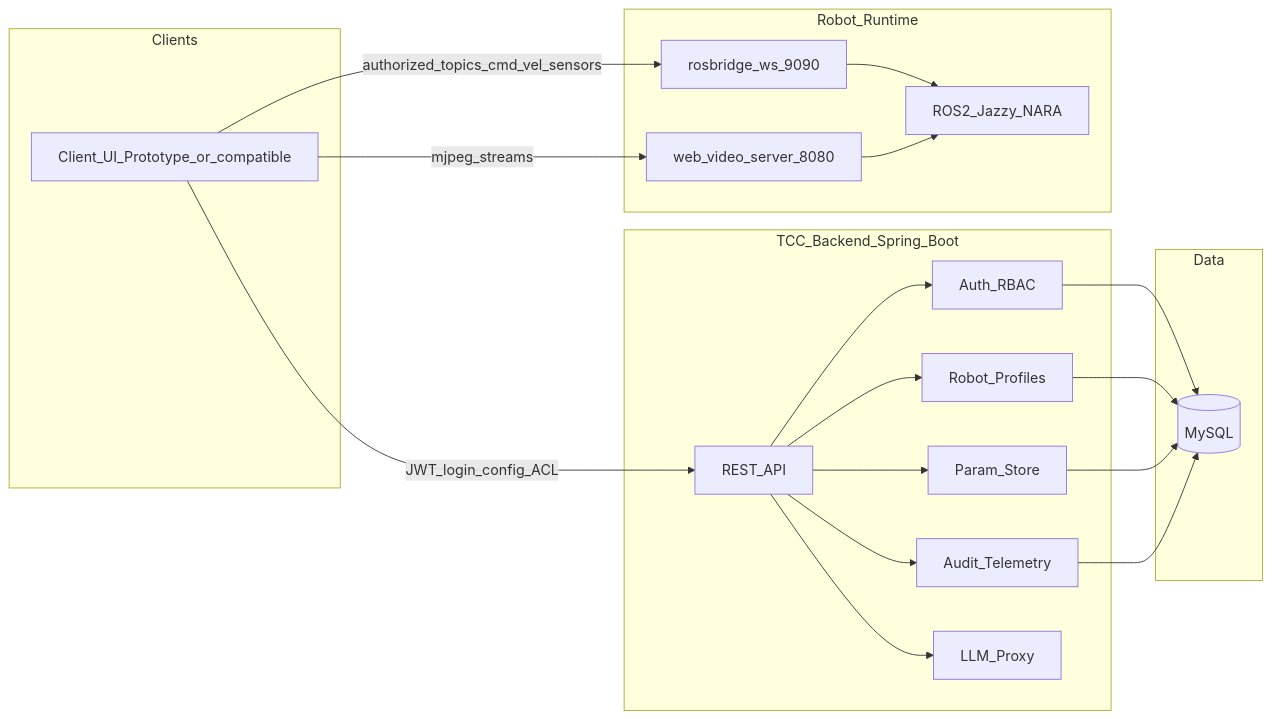
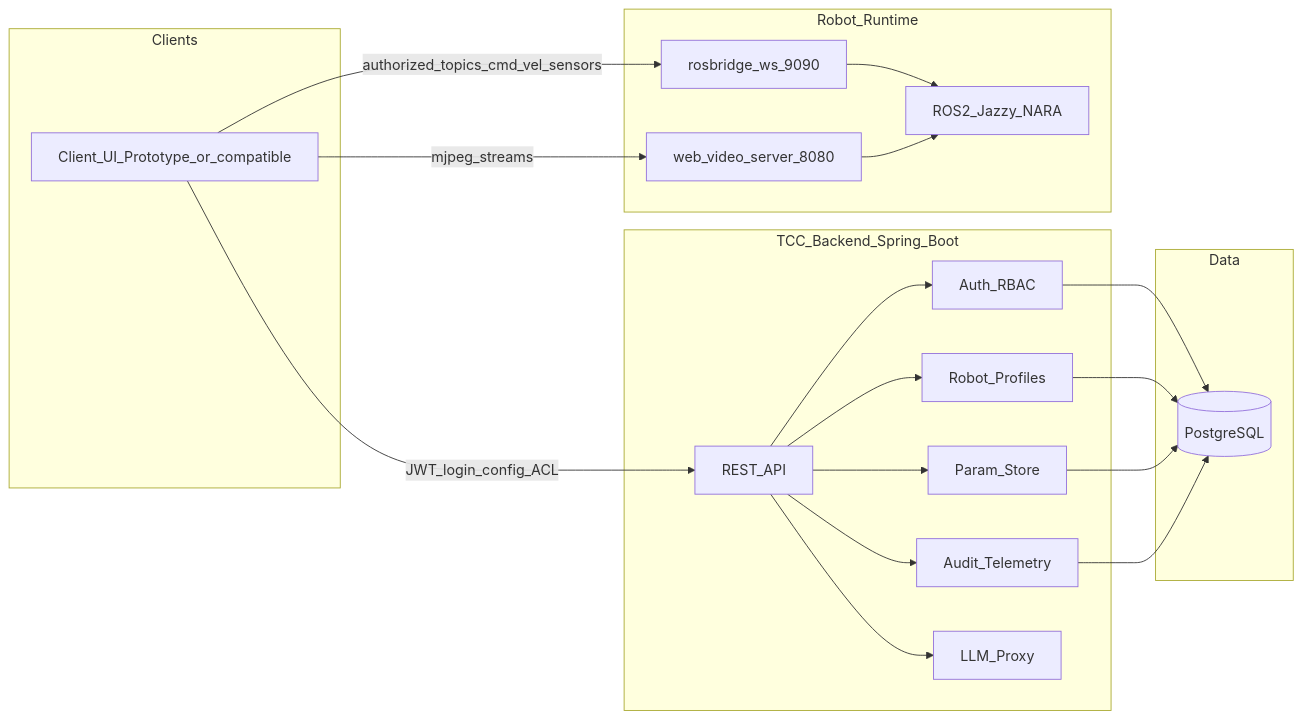
The first of 2 diagrams in docs/docs/architecture/system-overview.md (leonardovbdo/bifrost), drawn with Mermaid before and after one commit. The commit also changed other lines of this file and 17 other files, not shown here.

First line of the commit message:
docs(adr): adopt PostgreSQL as the official database

````diff
--- a/docs/docs/architecture/system-overview.md
+++ b/docs/docs/architecture/system-overview.md
@@ -19,41 +19,41 @@
 ```mermaid
 flowchart LR
   subgraph clients [Clients]
     WebClient[Client_UI_Prototype_or_compatible]
   end
 
   subgraph tccBackend [TCC_Backend_Spring_Boot]
     API[REST_API]
     Auth[Auth_RBAC]
     Profiles[Robot_Profiles]
     Params[Param_Store]
     Audit[Audit_Telemetry]
     LLMProxy[LLM_Proxy]
   end
 
   subgraph data [Data]
-    MySQL[(MySQL)]
+    PostgreSQL[(PostgreSQL)]
   end
 
   subgraph robotRuntime [Robot_Runtime]
     Rosbridge[rosbridge_ws_9090]
     Video[web_video_server_8080]
     ROS[ROS2_Jazzy_NARA]
   end
 
   WebClient -->|"JWT_login_config_ACL"| API
   API --> Auth
   API --> Profiles
   API --> Params
   API --> Audit
   API --> LLMProxy
-  Auth --> MySQL
-  Profiles --> MySQL
-  Params --> MySQL
-  Audit --> MySQL
+  Auth --> PostgreSQL
+  Profiles --> PostgreSQL
+  Params --> PostgreSQL
+  Audit --> PostgreSQL
 
   WebClient -->|"authorized_topics_cmd_vel_sensors"| Rosbridge
   WebClient -->|mjpeg_streams| Video
   Rosbridge --> ROS
   Video --> ROS
 ```
````
